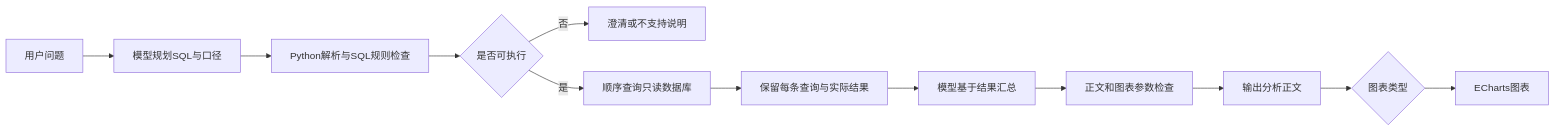
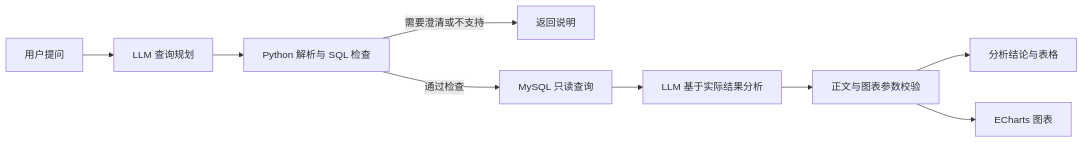
The diagram in README.md (Carti111/commerce-analysis-assistant), drawn with Mermaid before and after one commit. The commit also changed other lines of this file and 13 other files, not shown here.

````diff
--- a/README.md
+++ b/README.md
@@ -50,14 +26,11 @@
 ```mermaid
 flowchart LR
-  A[用户问题] --> B[模型规划SQL与口径]
-  B --> C[Python解析与SQL规则检查]
-  C --> D{是否可执行}
-  D -->|否| E[澄清或不支持说明]
-  D -->|是| F[顺序查询只读数据库]
-  F --> G[保留每条查询与实际结果]
-  G --> H[模型基于结果汇总]
-  H --> I[正文和图表参数检查]
-  I --> J[输出分析正文]
-  J --> K{图表类型}
-  K --> L[ECharts图表]
+    A[用户提问] --> B[LLM 查询规划]
+    B --> C[Python 解析与 SQL 检查]
+    C -->|需要澄清或不支持| D[返回说明]
+    C -->|通过检查| E[MySQL 只读查询]
+    E --> F[LLM 基于实际结果分析]
+    F --> G[正文与图表参数校验]
+    G --> H[分析结论与表格]
+    G --> I[ECharts 图表]
 ```
````
